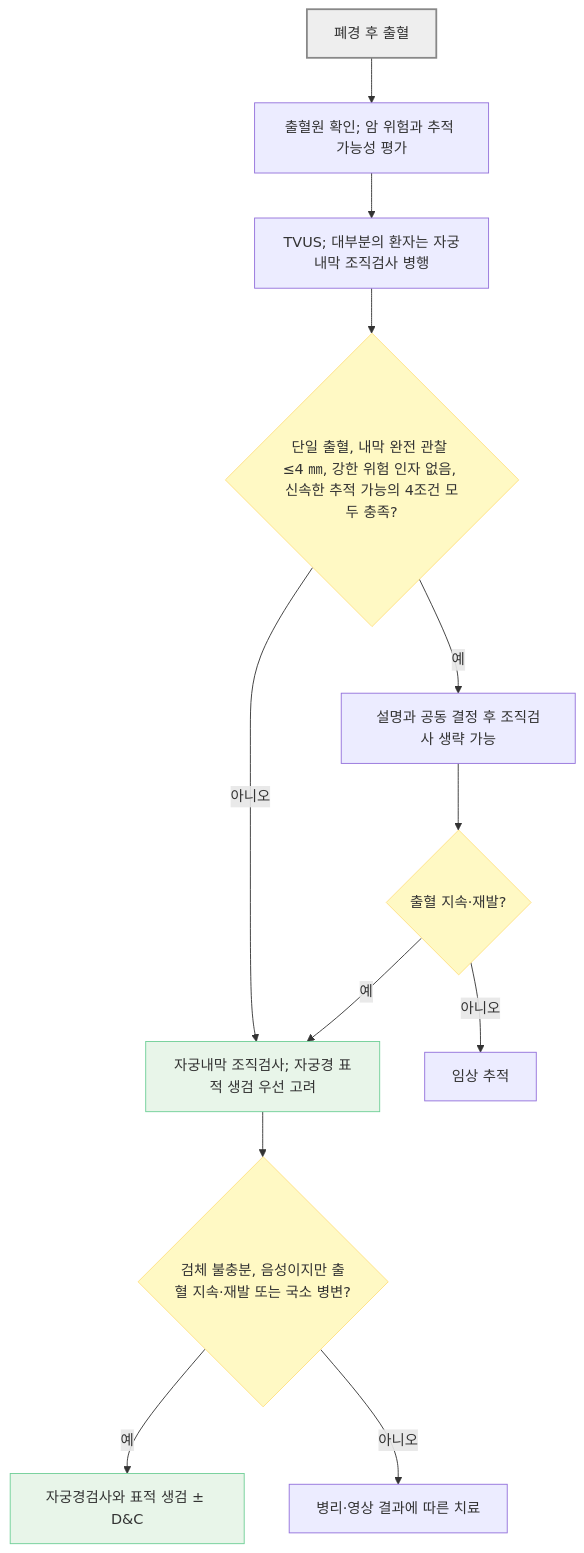
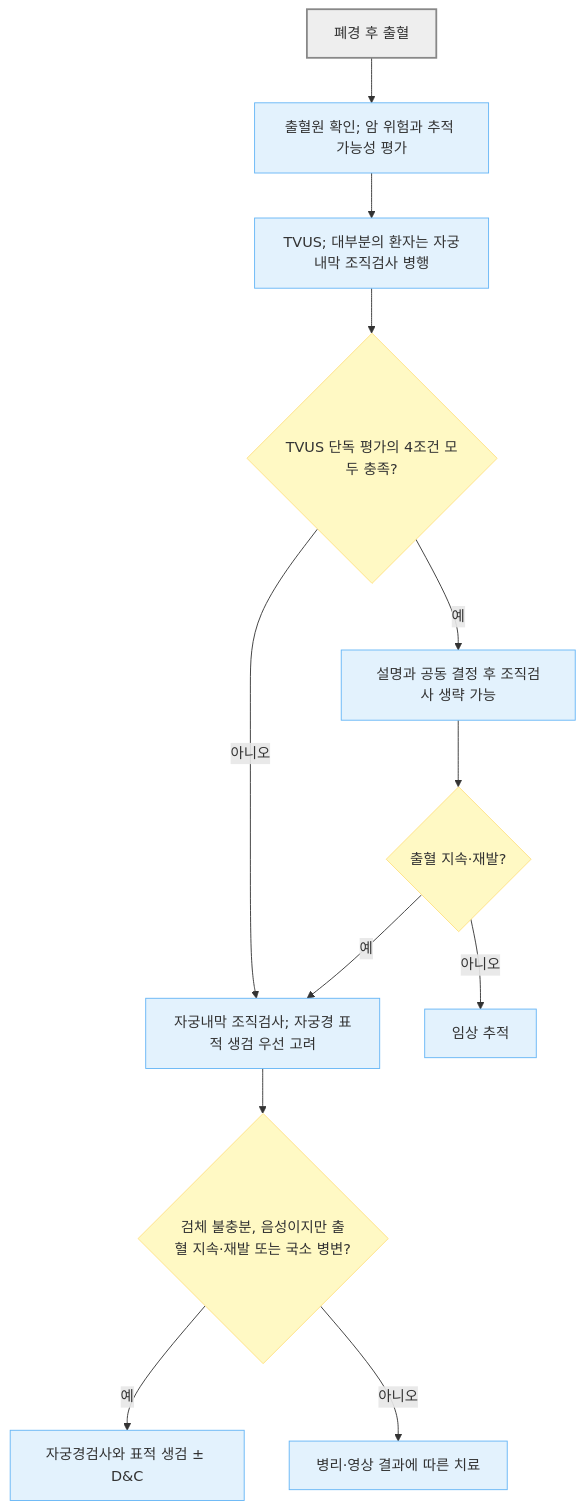
The second of 2 diagrams in 227_/129_-abnormal-uterine-bleeding.md (familyoh77/familyoh77), drawn with Mermaid before and after one commit. The commit also changed other lines of this file and 10 other files, not shown here.

````diff
--- a/227_/129_-abnormal-uterine-bleeding.md
+++ b/227_/129_-abnormal-uterine-bleeding.md
@@ -240,20 +237,21 @@
 ```mermaid
 flowchart TD
     A["폐경 후 출혈"] --> B["출혈원 확인; 암 위험과 추적 가능성 평가"]
     B --> C["TVUS; 대부분의 환자는 자궁내막 조직검사 병행"]
-    C --> D{"단일 출혈, 내막 완전 관찰 ≤4 ㎜, 강한 위험 인자 없음, 신속한 추적 가능의 4조건 모두 충족?"}
+    C --> D{"TVUS 단독 평가의 4조건 모두 충족?"}
     D -- "예" --> E["설명과 공동 결정 후 조직검사 생략 가능"]
     D -- "아니오" --> F["자궁내막 조직검사; 자궁경 표적 생검 우선 고려"]
     E --> G{"출혈 지속·재발?"}
     G -- "예" --> F
     G -- "아니오" --> H["임상 추적"]
     F --> I{"검체 불충분, 음성이지만 출혈 지속·재발 또는 국소 병변?"}
     I -- "예" --> J["자궁경검사와 표적 생검 ± D&C"]
     I -- "아니오" --> K["병리·영상 결과에 따른 치료"]
-    style A fill:#eeeeee,stroke:#888888,stroke-width:2px
-    style D fill:#fff9c4,stroke:#ffe082
-    style G fill:#fff9c4,stroke:#ffe082
-    style I fill:#fff9c4,stroke:#ffe082
-    style F fill:#E8F5E9,stroke:#6FCF97
-    style J fill:#E8F5E9,stroke:#6FCF97
+    classDef start fill:#eeeeee,stroke:#888888,stroke-width:2px
+    classDef question fill:#fff9c4,stroke:#ffe082
+    classDef emergency fill:#ffdddd,stroke:#d32f2f
+    classDef care fill:#e3f2fd,stroke:#64b5f6
+    class A start
+    class D,G,I question
+    class B,C,E,F,H,J,K care
 ```
````
